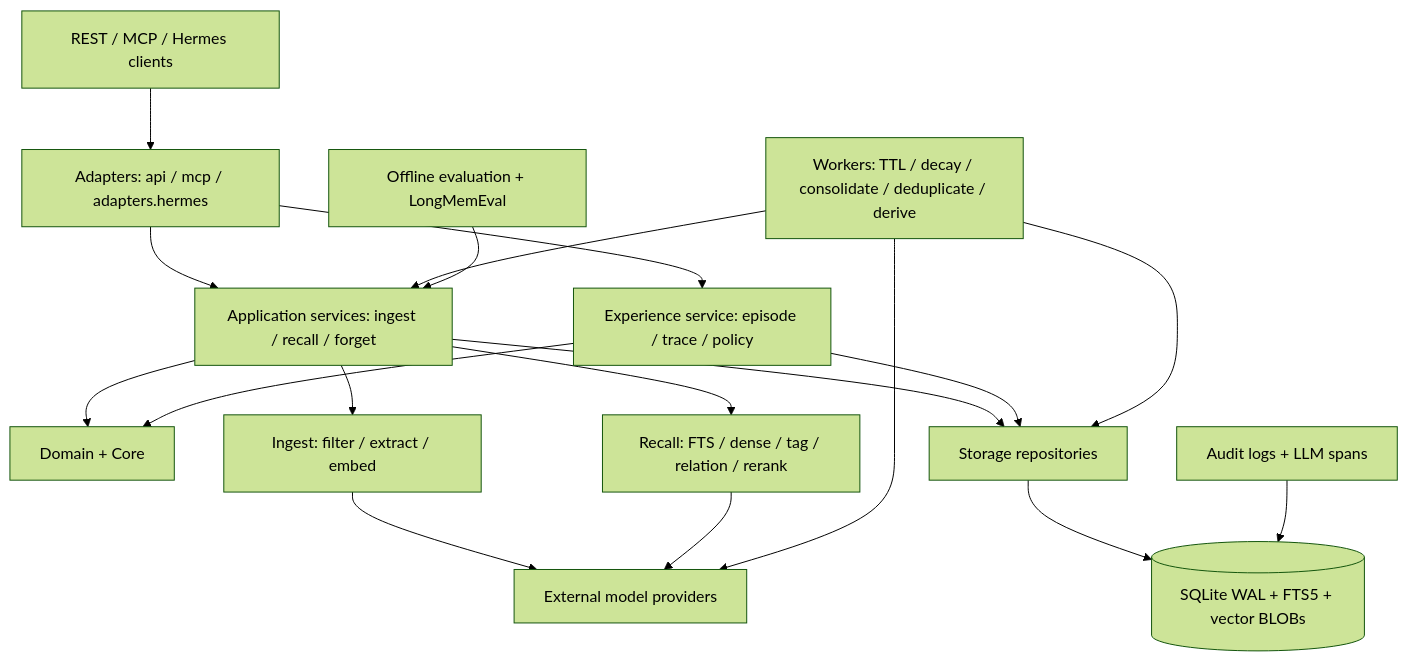
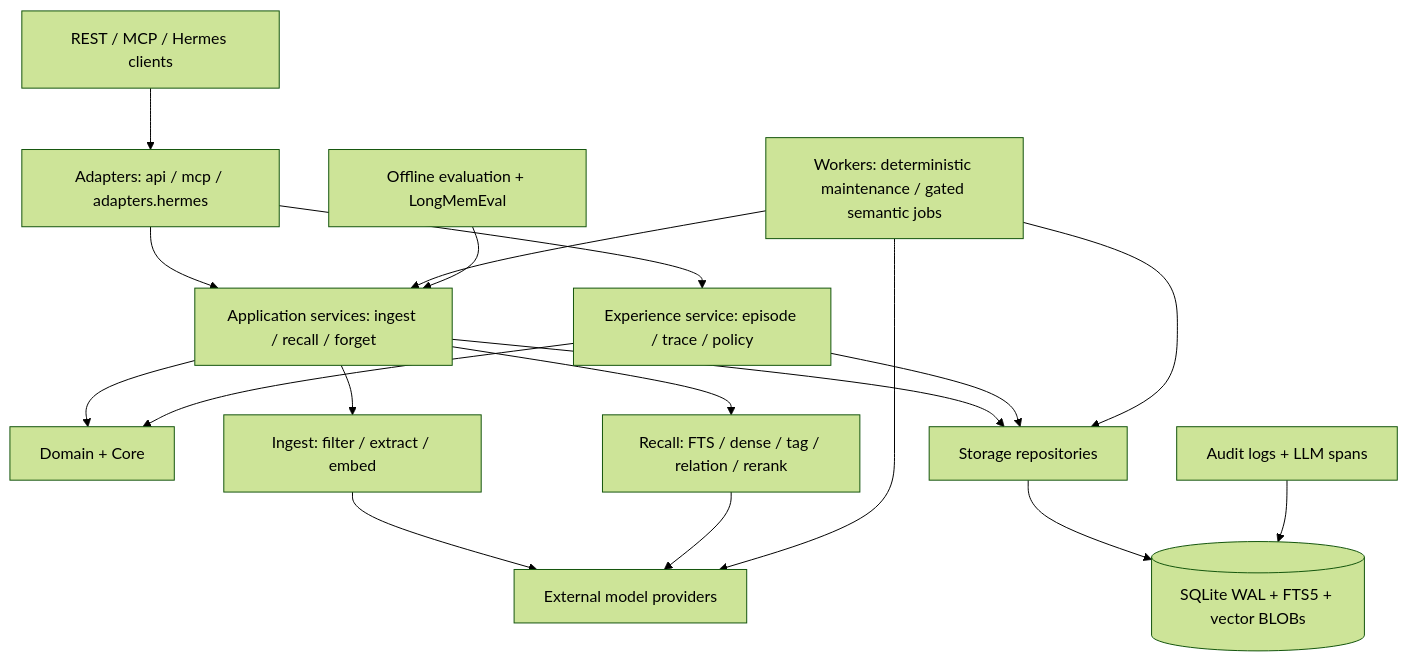
Before and after one commit to lohr13/hl_mem: the first of 2 diagrams in docs/architecture.md, drawn with Mermaid (forest theme). The commit also changed other lines of this file and 8 other files, not shown here.

````diff
--- a/docs/architecture.md
+++ b/docs/architecture.md
@@ -29,20 +29,20 @@
 ```mermaid
 flowchart TB
     C[REST / MCP / Hermes clients] --> A[Adapters: api / mcp / adapters.hermes]
     A --> S[Application services: ingest / recall / forget]
     A --> X[Experience service: episode / trace / policy]
     S --> D[Domain + Core]
     X --> D
     S --> I[Ingest: filter / extract / embed]
     S --> R[Recall: FTS / dense / tag / relation / rerank]
-    W[Workers: TTL / decay / consolidate / deduplicate / derive] --> S
+    W[Workers: deterministic maintenance / gated semantic jobs] --> S
     I --> L[External model providers]
     R --> L
     W --> L
     S --> P[Storage repositories]
     X --> P
     W --> P
     P --> DB[(SQLite WAL + FTS5 + vector BLOBs)]
     O[Audit logs + LLM spans] --> DB
     E[Offline evaluation + LongMemEval] --> S
 ```
````
